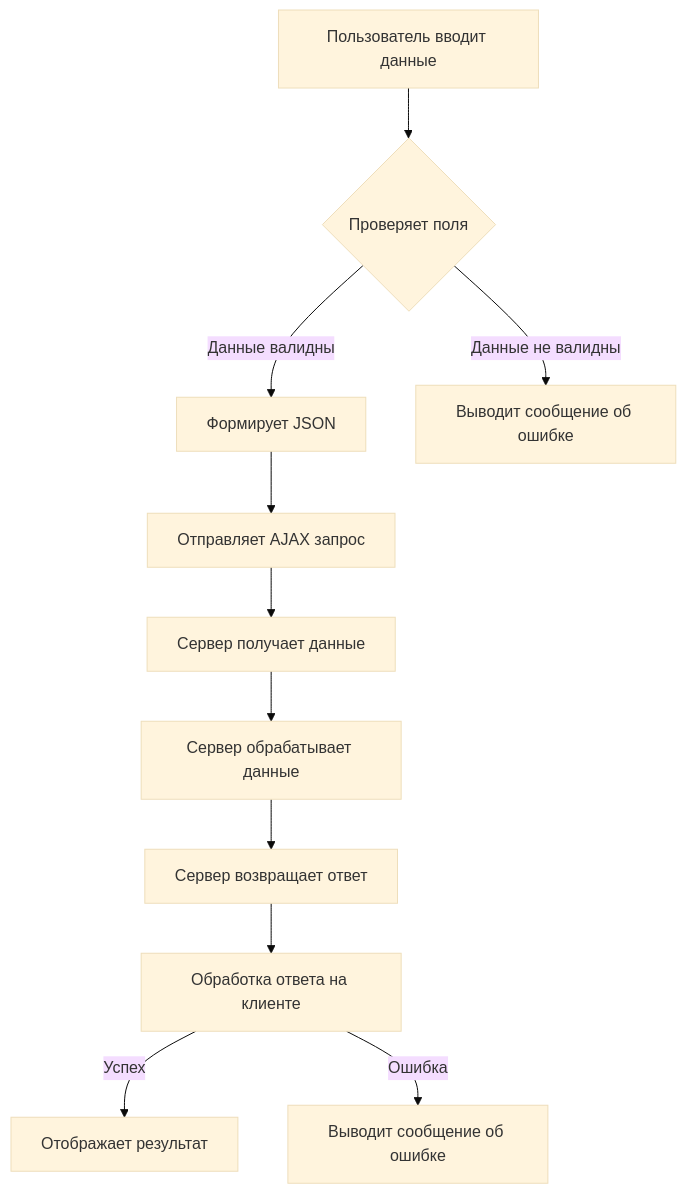
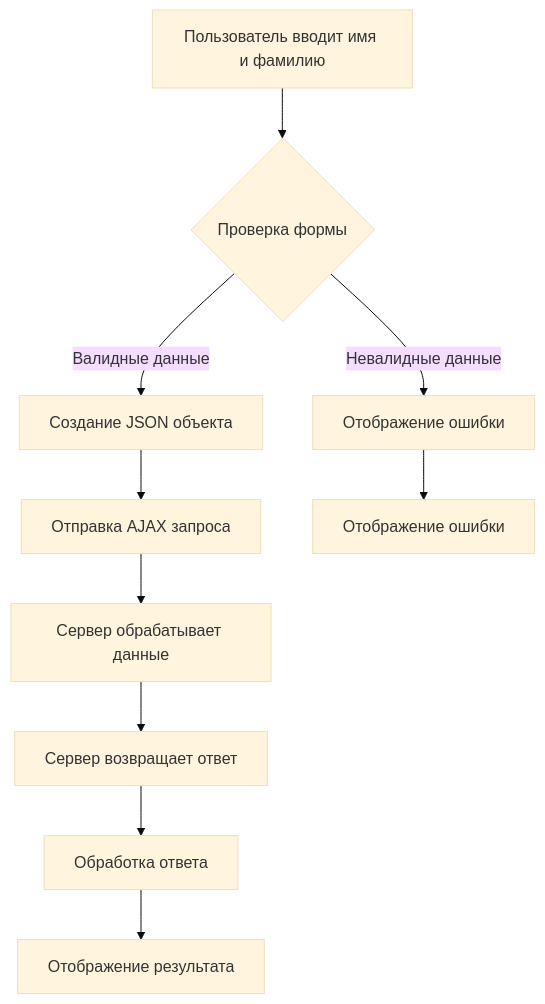
Before and after one commit to hypo69/hypo: the first of 2 diagrams in docs/gemini/ru/explainer/src/fast_api/html/index.md, drawn with Mermaid (base theme). The commit also changed other lines of this file and 468 other files, not shown here.

````diff
--- a/docs/gemini/ru/explainer/src/fast_api/html/index.md
+++ b/docs/gemini/ru/explainer/src/fast_api/html/index.md
@@ -73,13 +75,12 @@
 ```mermaid
 graph TD
-    A[Пользователь вводит данные] --> B{Проверяет поля};
-    B -- Данные валидны --> C[Формирует JSON];
-    B -- Данные не валидны --> D[Выводит сообщение об ошибке];
-    C --> E[Отправляет AJAX запрос];
-    E --> F[Сервер получает данные];
-    F --> G[Сервер обрабатывает данные];
-    G --> H[Сервер возвращает ответ];
-    H --> I[Обработка ответа на клиенте];
-    I -- Успех --> J[Отображает результат];
-    I -- Ошибка --> K[Выводит сообщение об ошибке];
+    A[Пользователь вводит имя и фамилию] --> B{Проверка формы};
+    B -- Валидные данные --> C[Создание JSON объекта];
+    B -- Невалидные данные --> D[Отображение ошибки];
+    C --> E[Отправка AJAX запроса];
+    E --> F[Сервер обрабатывает данные];
+    F --> G[Сервер возвращает ответ];
+    G --> H[Обработка ответа];
+    H --> I[Отображение результата];
+    D --> J[Отображение ошибки];
 ```
````
